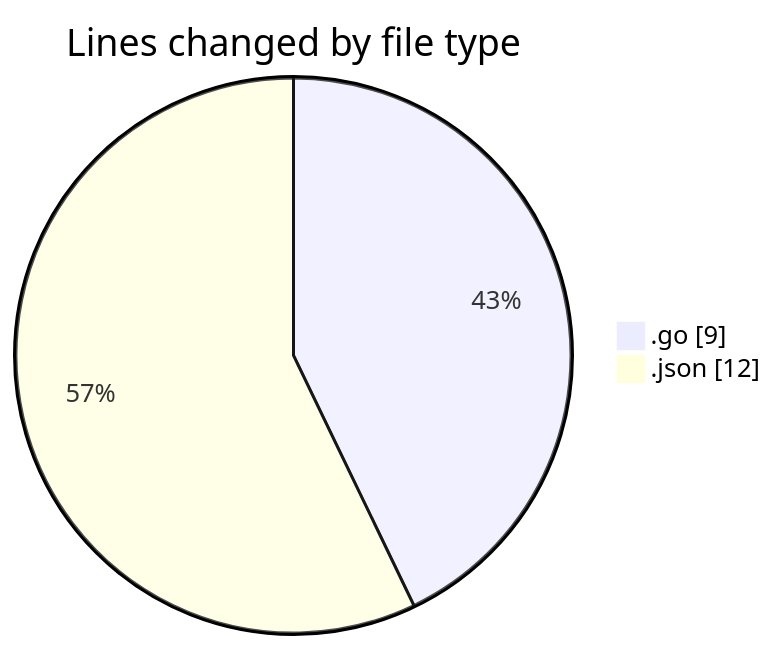
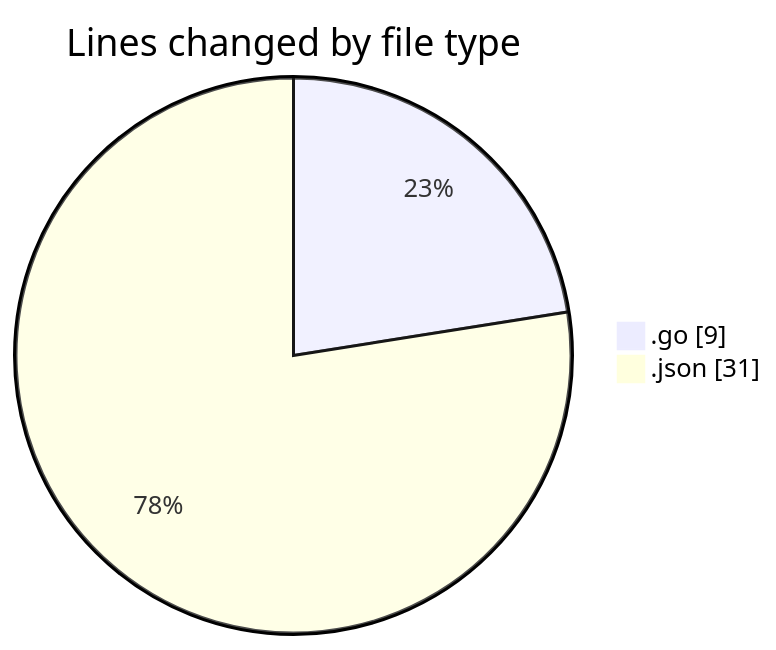
Before and after one commit to BS-eng2023/code-tracking: the first of 2 diagrams in 2025-05-01/go/README.md, drawn with Mermaid. The commit also changed other lines of this file and 1 other file, not shown here.

````diff
--- a/2025-05-01/go/README.md
+++ b/2025-05-01/go/README.md
@@ -22,6 +22,6 @@
 ```mermaid
 pie showData
 title Lines changed by file type
 ".go" : 9
-".json" : 12
+".json" : 31
 ```
````
